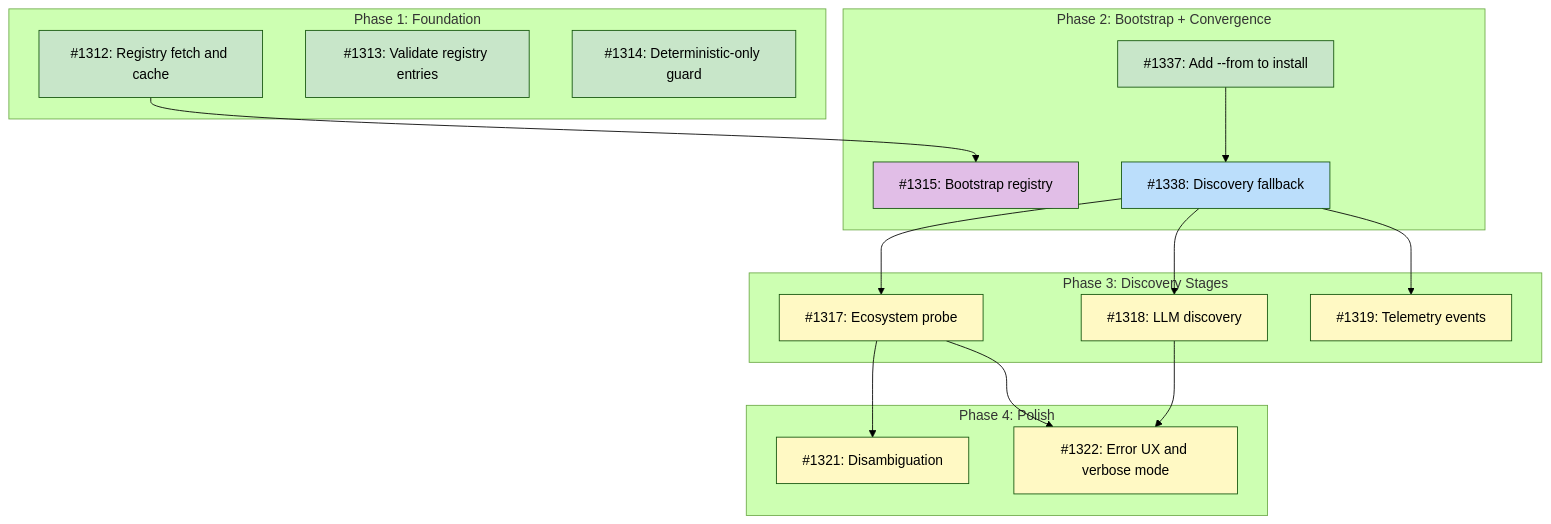
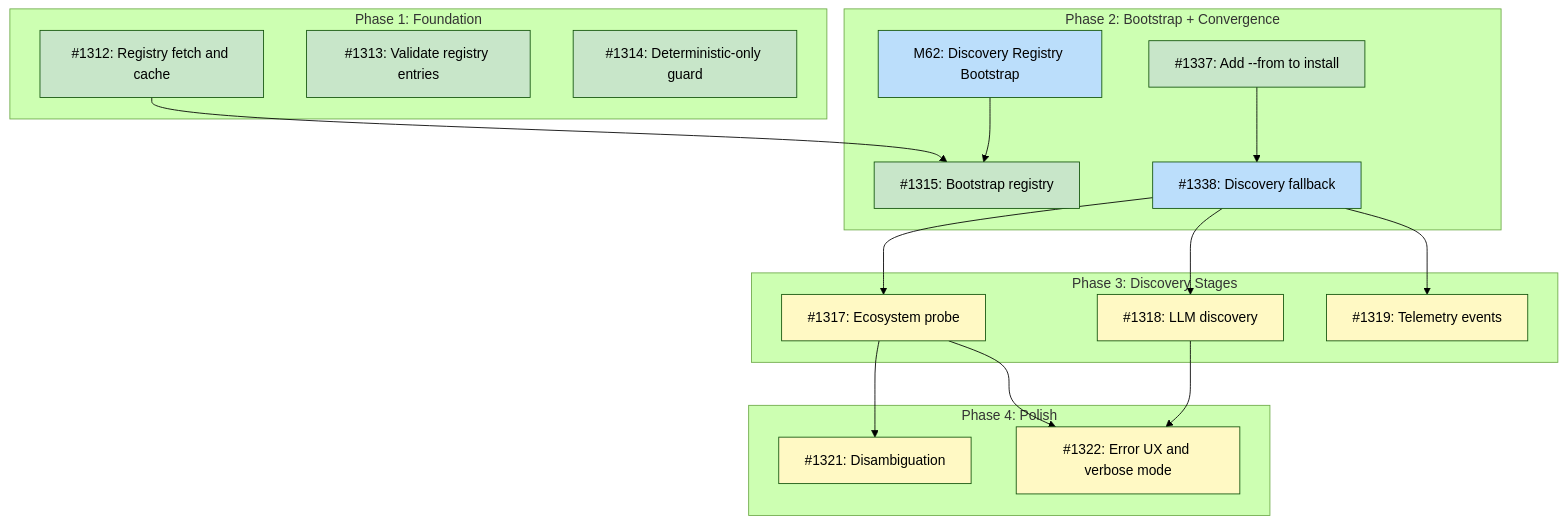
Before and after one commit to tsukumogami/tsuku: the diagram in docs/designs/DESIGN-discovery-resolver.md, drawn with Mermaid (forest theme). The commit also changed other lines of this file and 1 other file, not shown here.

Commit message:
docs(discover): add design for discovery registry bootstrap (#1339)
Add DESIGN-discovery-registry-bootstrap.md covering how to populate
`recipes/discovery.json` with ~500 entries. The discovery registry is
the
only resolver stage that exists today, so its coverage determines which
tools tsuku can resolve without `--from` flags.

Also updates the parent DESIGN-discovery-resolver.md to link milestone
M62
as a dependency for #1315, and transitions #1315 from needs-design to
blocked in the dependency graph.

````diff
--- a/docs/designs/DESIGN-discovery-resolver.md
+++ b/docs/designs/DESIGN-discovery-resolver.md
@@ -60,46 +61,49 @@
 ```mermaid
 graph TD
     subgraph Phase1["Phase 1: Foundation"]
         I1312["#1312: Registry fetch and cache"]
         I1313["#1313: Validate registry entries"]
         I1314["#1314: Deterministic-only guard"]
     end
 
     subgraph Phase2["Phase 2: Bootstrap + Convergence"]
+        M62["M62: Discovery Registry Bootstrap"]
         I1315["#1315: Bootstrap registry"]
         I1337["#1337: Add --from to install"]
         I1338["#1338: Discovery fallback"]
     end
 
     subgraph Phase3["Phase 3: Discovery Stages"]
         I1317["#1317: Ecosystem probe"]
         I1318["#1318: LLM discovery"]
         I1319["#1319: Telemetry events"]
     end
 
     subgraph Phase4["Phase 4: Polish"]
         I1321["#1321: Disambiguation"]
         I1322["#1322: Error UX and verbose mode"]
     end
 
     I1312 --> I1315
+    M62 --> I1315
     I1337 --> I1338
     I1338 --> I1317
     I1338 --> I1318
     I1338 --> I1319
     I1317 --> I1321
     I1317 --> I1322
     I1318 --> I1322
 
     classDef done fill:#c8e6c9
     classDef ready fill:#bbdefb
     classDef blocked fill:#fff9c4
     classDef needsDesign fill:#e1bee7
 
     class I1312,I1313,I1314 done
     class I1337 done
     class I1338 ready
     class I1319 blocked
-    class I1315 needsDesign
+    class M62 ready
+    class I1315 done
     class I1317,I1318,I1321,I1322 blocked
 ```
````
